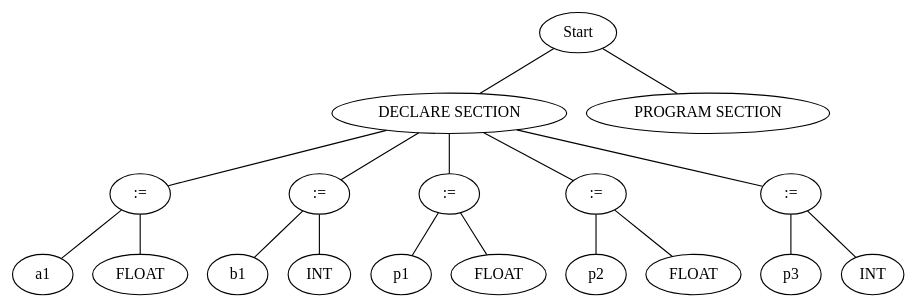
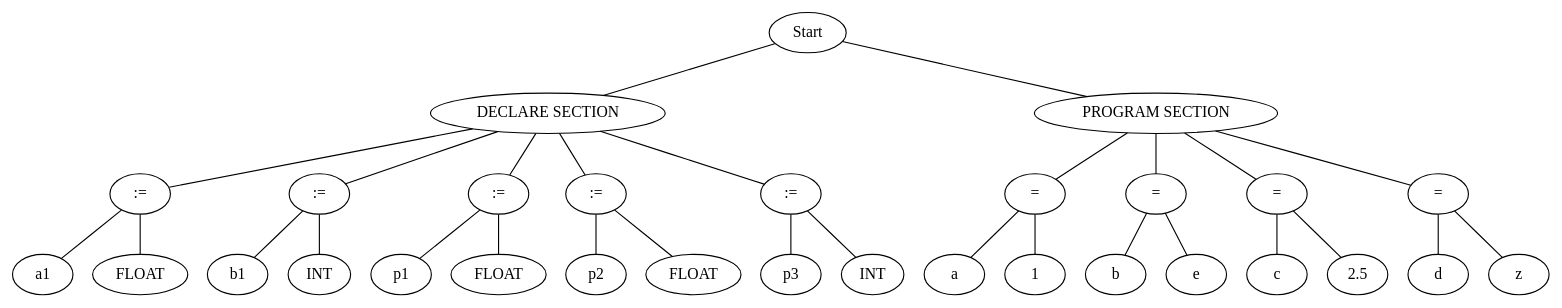
Before and after one commit to pitta1881/TEO1-Lexico: the diagram in arbol.dot, drawn with Graphviz. The commit also changed 6 other files, not shown here.

```diff
--- a/arbol.dot
+++ b/arbol.dot
@@ -1,36 +1,60 @@
 graph G {node_start [label="Start"]
-nodo_1077807561 [label="DECLARE SECTION"]
-node_start -- nodo_1077807561
-nodo_93112520 [label=":="]
-nodo_1077807561 -- nodo_93112520
-nodo_934205343 [label="a1"]
-nodo_93112520 -- nodo_934205343
-nodo_424817526 [label="FLOAT"]
-nodo_93112520 -- nodo_424817526
-nodo_115579237 [label=":="]
-nodo_1077807561 -- nodo_115579237
-nodo_1699404793 [label="b1"]
-nodo_115579237 -- nodo_1699404793
-nodo_614066912 [label="INT"]
-nodo_115579237 -- nodo_614066912
-nodo_744010886 [label=":="]
-nodo_1077807561 -- nodo_744010886
-nodo_912931033 [label="p1"]
-nodo_744010886 -- nodo_912931033
-nodo_97298686 [label="FLOAT"]
-nodo_744010886 -- nodo_97298686
-nodo_1852415053 [label=":="]
-nodo_1077807561 -- nodo_1852415053
-nodo_134019458 [label="p2"]
-nodo_1852415053 -- nodo_134019458
-nodo_1622652244 [label="FLOAT"]
-nodo_1852415053 -- nodo_1622652244
-nodo_14445284 [label=":="]
-nodo_1077807561 -- nodo_14445284
-nodo_586483014 [label="p3"]
-nodo_14445284 -- nodo_586483014
-nodo_1118165107 [label="INT"]
-nodo_14445284 -- nodo_1118165107
-nodo_526768230 [label="PROGRAM SECTION"]
-node_start -- nodo_526768230
+nodo_429081982 [label="DECLARE SECTION"]
+node_start -- nodo_429081982
+nodo_1086858125 [label=":="]
+nodo_429081982 -- nodo_1086858125
+nodo_968244440 [label="a1"]
+nodo_1086858125 -- nodo_968244440
+nodo_1505092764 [label="FLOAT"]
+nodo_1086858125 -- nodo_1505092764
+nodo_1660352399 [label=":="]
+nodo_429081982 -- nodo_1660352399
+nodo_1663267863 [label="b1"]
+nodo_1660352399 -- nodo_1663267863
+nodo_1811661911 [label="INT"]
+nodo_1660352399 -- nodo_1811661911
+nodo_496786608 [label=":="]
+nodo_429081982 -- nodo_496786608
+nodo_1216580099 [label="p1"]
+nodo_496786608 -- nodo_1216580099
+nodo_821615816 [label="FLOAT"]
+nodo_496786608 -- nodo_821615816
+nodo_93618172 [label=":="]
+nodo_429081982 -- nodo_93618172
+nodo_2056440354 [label="p2"]
+nodo_93618172 -- nodo_2056440354
+nodo_781554913 [label="FLOAT"]
+nodo_93618172 -- nodo_781554913
+nodo_1484591975 [label=":="]
+nodo_429081982 -- nodo_1484591975
+nodo_2117139467 [label="p3"]
+nodo_1484591975 -- nodo_2117139467
+nodo_312474165 [label="INT"]
+nodo_1484591975 -- nodo_312474165
+nodo_271533595 [label="PROGRAM SECTION"]
+node_start -- nodo_271533595
+nodo_844744751 [label="="]
+nodo_271533595 -- nodo_844744751
+nodo_1813555311 [label="a"]
+nodo_844744751 -- nodo_1813555311
+nodo_1203058133 [label="1"]
+nodo_844744751 -- nodo_1203058133
+nodo_714289102 [label="="]
+nodo_271533595 -- nodo_714289102
+nodo_1459065347 [label="b"]
+nodo_714289102 -- nodo_1459065347
+nodo_2131034978 [label="e"]
+nodo_714289102 -- nodo_2131034978
+nodo_292588234 [label="="]
+nodo_271533595 -- nodo_292588234
+nodo_581843573 [label="c"]
+nodo_292588234 -- nodo_581843573
+nodo_1218696105 [label="2.5"]
+nodo_292588234 -- nodo_1218696105
+nodo_535484364 [label="="]
+nodo_271533595 -- nodo_535484364
+nodo_173615137 [label="d"]
+nodo_535484364 -- nodo_173615137
+nodo_1501025933 [label="z"]
+nodo_535484364 -- nodo_1501025933
 }
```
